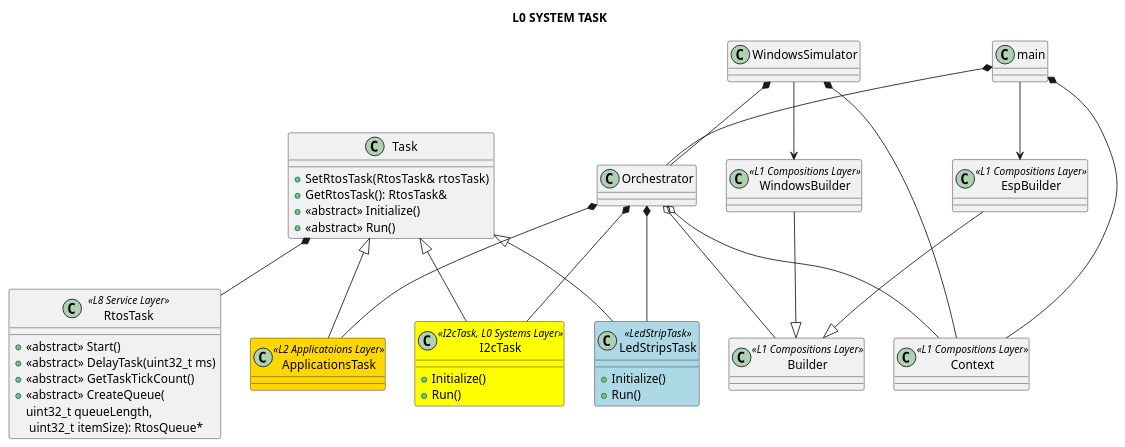
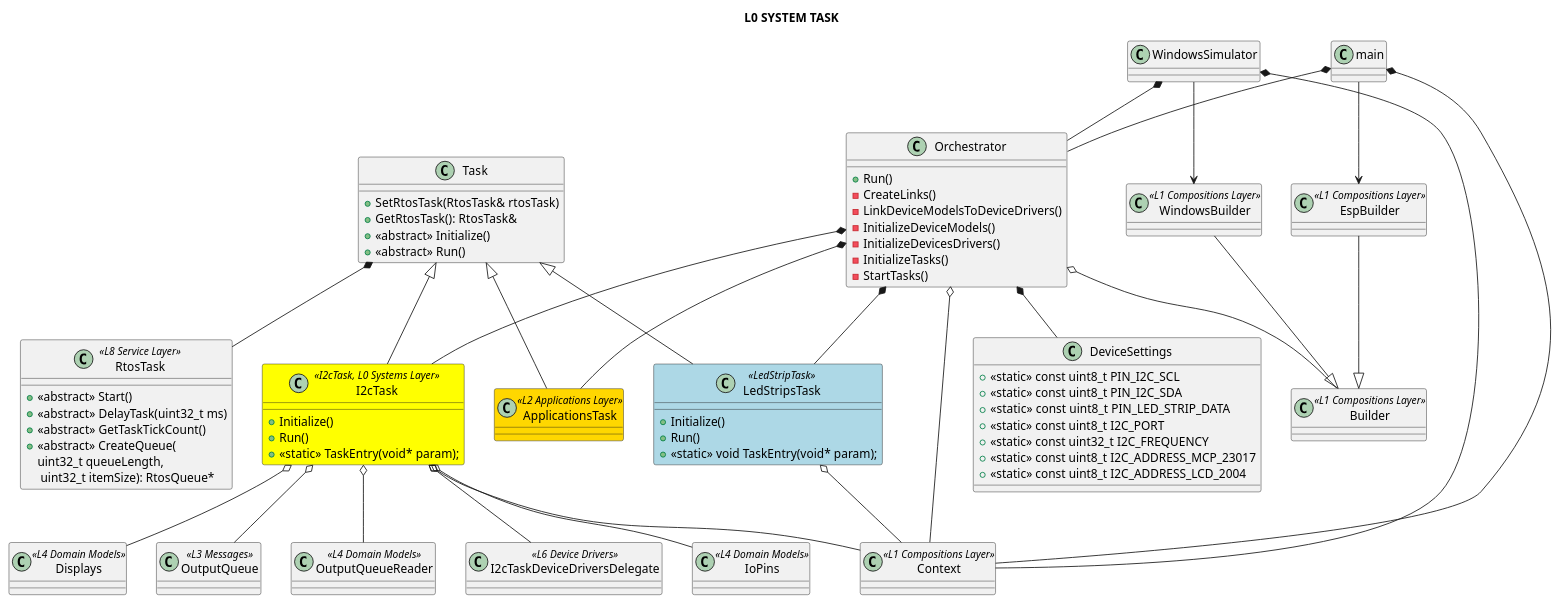
One commit to michelkeijzers/fraxis changed the diagram in Docs/Software Design/Layers/L0_system_layer.puml. Above: the diagram before and after it, drawn with PlantUML. The commit also changed 43 other files, not shown here.

```diff
--- a/Docs/Software Design/Layers/L0_system_layer.puml
+++ b/Docs/Software Design/Layers/L0_system_layer.puml
@@ -1,85 +1,121 @@
 @startuml
 top to bottom direction
 
 title L0 SYSTEM TASK
 
 skinparam packageStyle rectangle
 skinparam lineThickness 2
 
 class main 
 {
 }
 
 class WindowsSimulator 
 {
 
 }
 
 class Orchestrator 
 {
+    + Run()
+    - CreateLinks()
+    - LinkDeviceModelsToDeviceDrivers()
+    - InitializeDeviceModels()
+    - InitializeDevicesDrivers()
+    - InitializeTasks()
+    - StartTasks()
 }
 
 main *-- Orchestrator
 main *-- Context
 WindowsSimulator *-- Orchestrator
 WindowsSimulator *-- Context 
 
 class Builder <<L1 Compositions Layer>> {}
 class EspBuilder  <<L1 Compositions Layer>> {}
 class WindowsBuilder  <<L1 Compositions Layer>> {}
 class Context <<L1 Compositions Layer>> {}
 
 EspBuilder -|> Builder
 WindowsBuilder -|> Builder
 
 main --> EspBuilder
 WindowsSimulator --> WindowsBuilder
 
 Orchestrator o-- Builder
 Orchestrator o-- Context
 
 class RtosTask <<L8 Service Layer>>
 {
     + <<abstract>> Start()
     + <<abstract>> DelayTask(uint32_t ms)
     + <<abstract>> GetTaskTickCount()
     + <<abstract>> CreateQueue(
         uint32_t queueLength, \n uint32_t itemSize): RtosQueue*
 }
 ApplicationsTask -u-|> Task
 
 class Task
 {   
     + SetRtosTask(RtosTask& rtosTask)
     + GetRtosTask(): RtosTask& 
     + <<abstract>> Initialize()
     + <<abstract>> Run()
 }
 
 Task *-- RtosTask
 
 Orchestrator *-- ApplicationsTask 
 
 class I2cTask <<I2cTask, L0 Systems Layer>> #yellow
 {
     + Initialize()
     + Run()
+    + <<static>> TaskEntry(void* param);
 }
 
 I2cTask -u-|> Task
+I2cTask o-- Context
+
+class IoPins <<L4 Domain Models>> {}
+I2cTask o-- IoPins 
+class Displays <<L4 Domain Models>> {}
+I2cTask o-- Displays 
+class OutputQueue <<L3 Messages>> {}
+I2cTask o-- OutputQueue 
+class OutputQueueReader <<L4 Domain Models>> {}
+I2cTask o-- OutputQueueReader 
+class I2cTaskDeviceDriversDelegate <<L6 Device Drivers>> {}
+I2cTask o-- I2cTaskDeviceDriversDelegate 
+
 Orchestrator *-- I2cTask
 
-class ApplicationsTask <<L2 Applicatoions Layer>> #gold
+class ApplicationsTask <<L2 Applications Layer>> #gold
 {
 }
 
 class LedStripsTask <<LedStripTask>> #lightblue
 {
     + Initialize()
     + Run()
+    + <<static>> void TaskEntry(void* param);    
 }
 
 LedStripsTask -u-|> Task
+LedStripsTask o-- Context
 Orchestrator *-- LedStripsTask
 
+class DeviceSettings
+{
+    + <<static>> const uint8_t PIN_I2C_SCL
+    + <<static>> const uint8_t PIN_I2C_SDA
+    + <<static>> const uint8_t PIN_LED_STRIP_DATA
+    + <<static>> const uint8_t I2C_PORT
+    + <<static>> const uint32_t I2C_FREQUENCY
+    + <<static>> const uint8_t I2C_ADDRESS_MCP_23017
+    + <<static>> const uint8_t I2C_ADDRESS_LCD_2004
+}
+
+Orchestrator *-- DeviceSettings
+
 @enduml
```
